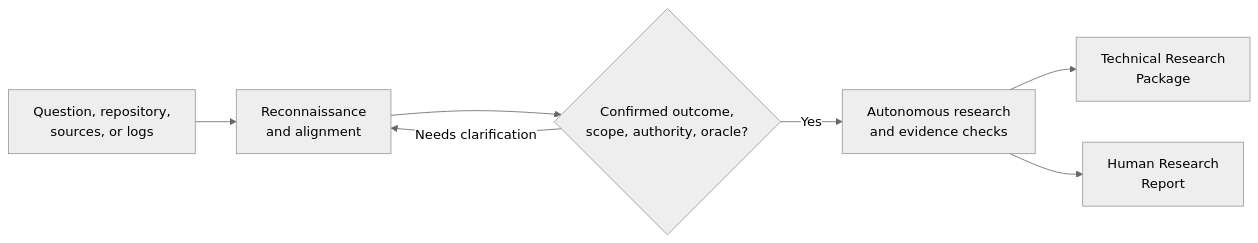
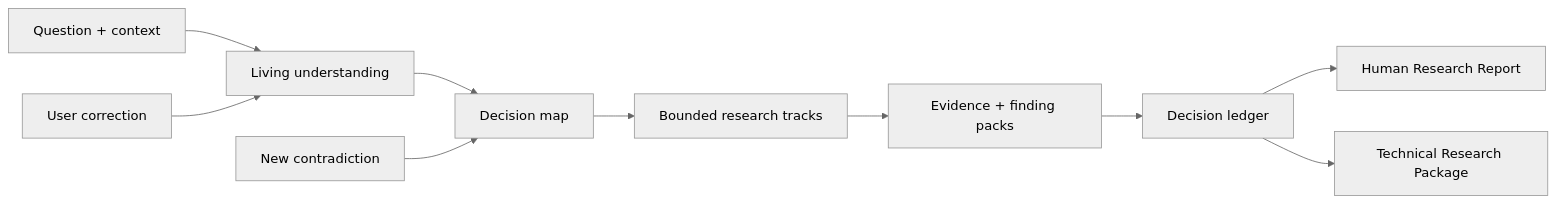
Before and after one commit to amd2g2zz/research-tree: the diagram in README.md, drawn with Mermaid (neutral theme). The commit also changed other lines of this file and 11 other files, not shown here.

````diff
--- a/README.md
+++ b/README.md
@@ -86,9 +127,12 @@
-```mermaid
+~~~mermaid
 flowchart LR
-    A[Question, repository,<br/>sources, or logs] --> B[Reconnaissance<br/>and alignment]
-    B --> C{Confirmed outcome,<br/>scope, authority, oracle?}
-    C -->|Needs clarification| B
-    C -->|Yes| D[Autonomous research<br/>and evidence checks]
-    D --> E[Technical Research<br/>Package]
-    D --> F[Human Research<br/>Report]
-```
+    A[Question + context] --> B[Living understanding]
+    B --> C[Decision map]
+    C --> D[Bounded research tracks]
+    D --> E[Evidence + finding packs]
+    E --> F[Decision ledger]
+    F --> G[Human Research Report]
+    F --> H[Technical Research Package]
+    I[User correction] --> B
+    J[New contradiction] --> C
+~~~
````
